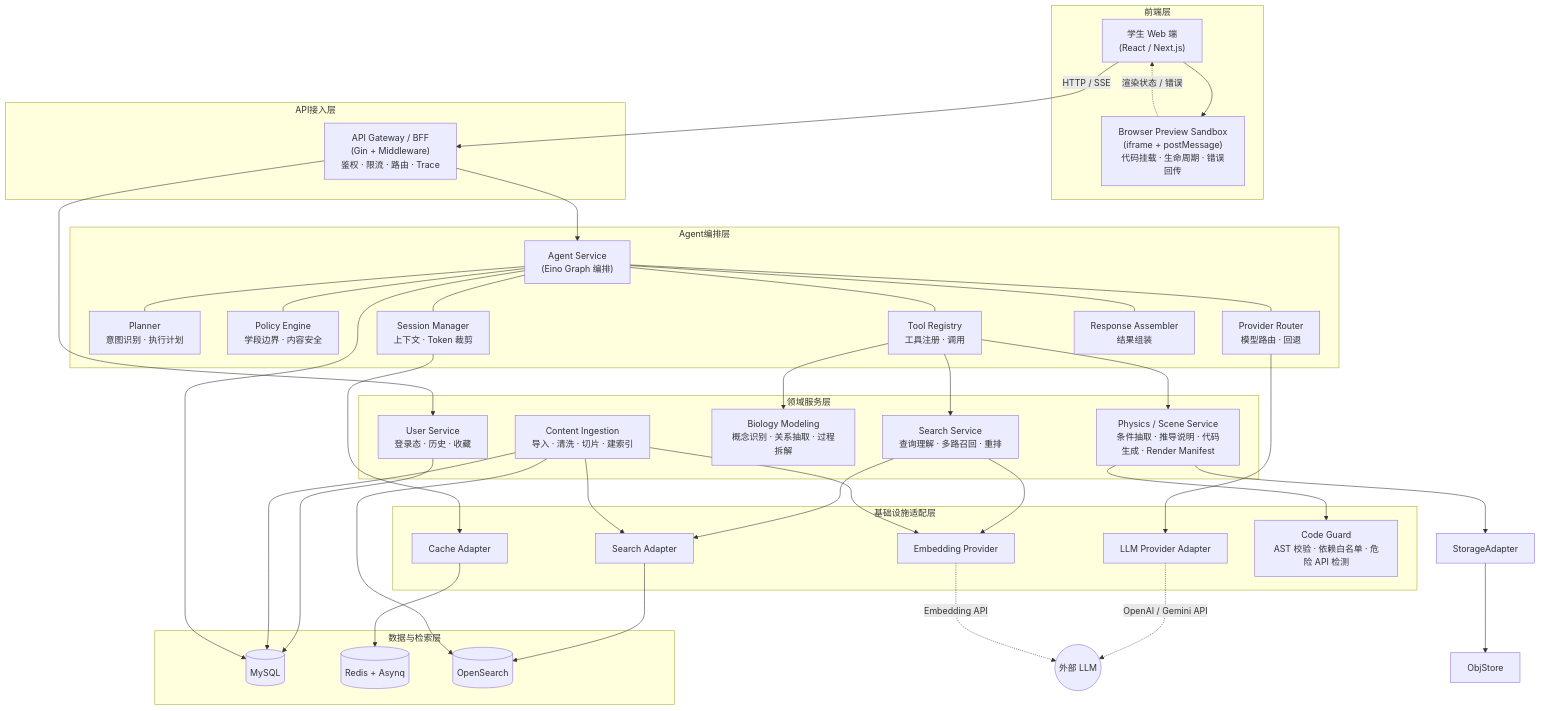
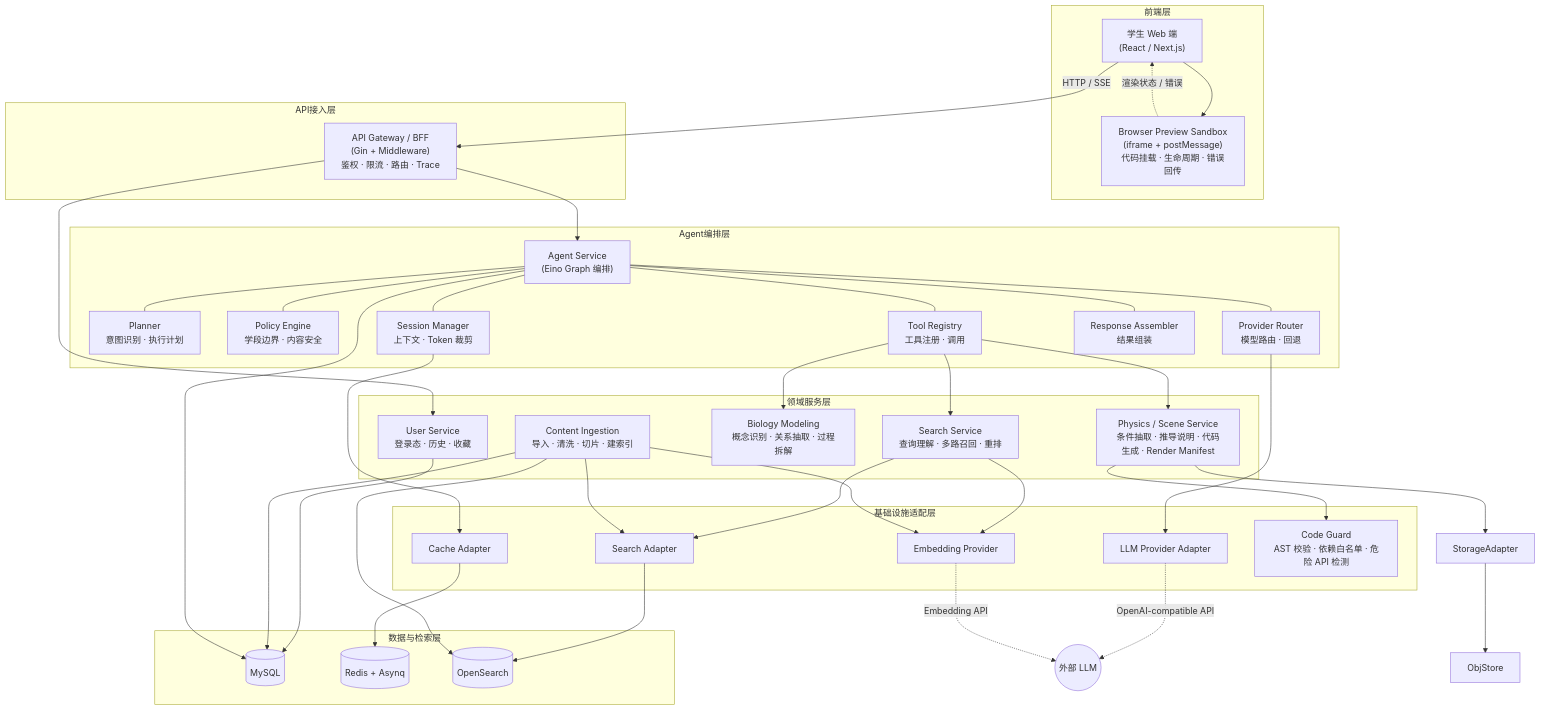
One commit to beihai0xff/snowy changed the first of 3 diagrams in docs/tech-solution.md. Above: the diagram before and after it, drawn with Mermaid. The commit also changed other lines of this file and 27 other files, not shown here.

````diff
--- a/docs/tech-solution.md
+++ b/docs/tech-solution.md
@@ -212,80 +212,80 @@
 ```mermaid
 graph TB
     subgraph 前端层
         SnowyWeb["学生 Web 端<br/>(React / Next.js)"]
         PreviewSandbox["Browser Preview Sandbox<br/>(iframe + postMessage)<br/>代码挂载 · 生命周期 · 错误回传"]
     end
 
     subgraph API接入层
         Gateway["API Gateway / BFF<br/>(Gin + Middleware)<br/>鉴权 · 限流 · 路由 · Trace"]
     end
 
     subgraph Agent编排层
         AgentService["Agent Service<br/>(Eino Graph 编排)"]
         Planner["Planner<br/>意图识别 · 执行计划"]
         PolicyEngine["Policy Engine<br/>学段边界 · 内容安全"]
         ProviderRouter["Provider Router<br/>模型路由 · 回退"]
         SessionMgr["Session Manager<br/>上下文 · Token 裁剪"]
         ToolRegistry["Tool Registry<br/>工具注册 · 调用"]
         Assembler["Response Assembler<br/>结果组装"]
 
         AgentService --- Planner
         AgentService --- PolicyEngine
         AgentService --- ProviderRouter
         AgentService --- SessionMgr
         AgentService --- ToolRegistry
         AgentService --- Assembler
     end
 
     subgraph 领域服务层
         SearchSvc["Search Service<br/>查询理解 · 多路召回 · 重排"]
         PhysicsSvc["Physics / Scene Service<br/>条件抽取 · 推导说明 · 代码生成 · Render Manifest"]
         BiologySvc["Biology Modeling<br/>概念识别 · 关系抽取 · 过程拆解"]
         UserSvc["User Service<br/>登录态 · 历史 · 收藏"]
         ContentSvc["Content Ingestion<br/>导入 · 清洗 · 切片 · 建索引"]
     end
 
     subgraph 基础设施适配层
         LLMAdapter["LLM Provider Adapter"]
         EmbAdapter["Embedding Provider"]
         SearchAdapter["Search Adapter"]
         CacheAdapter["Cache Adapter"]
         CodeGuard["Code Guard<br/>AST 校验 · 依赖白名单 · 危险 API 检测"]
     end
 
     subgraph 数据与检索层
         MySQL[(MySQL)]
         Redis[(Redis + Asynq)]
         OS[(OpenSearch)]
     end
 
     SnowyWeb -->|"HTTP / SSE"| Gateway
     SnowyWeb --> PreviewSandbox
     PreviewSandbox -.->|"渲染状态 / 错误"| SnowyWeb
     Gateway --> AgentService
     Gateway --> UserSvc
 
     ToolRegistry --> SearchSvc
     ToolRegistry --> PhysicsSvc
     ToolRegistry --> BiologySvc
 
     ProviderRouter --> LLMAdapter
     SearchSvc --> SearchAdapter
     SearchSvc --> EmbAdapter
     ContentSvc --> EmbAdapter
     ContentSvc --> SearchAdapter
     PhysicsSvc --> CodeGuard
     PhysicsSvc --> StorageAdapter
 
-    LLMAdapter -.->|"OpenAI / Gemini API"| ExtLLM((外部 LLM))
+    LLMAdapter -.->|"OpenAI-compatible API"| ExtLLM((外部 LLM))
     EmbAdapter -.->|"Embedding API"| ExtLLM
     SearchAdapter --> OS
     StorageAdapter --> ObjStore
     CacheAdapter --> Redis
     SessionMgr --> CacheAdapter
 
     UserSvc --> MySQL
     ContentSvc --> MySQL
     ContentSvc --> OS
     AgentService --> MySQL
 ```
````
